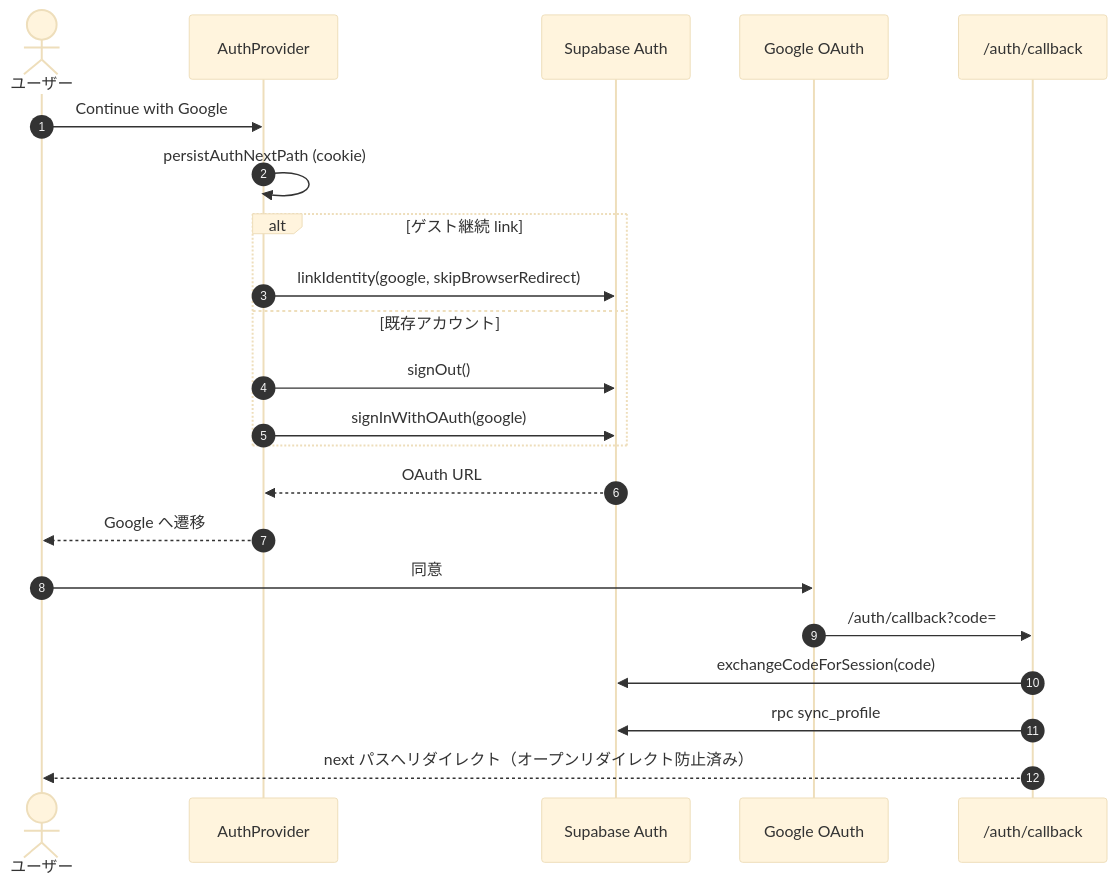
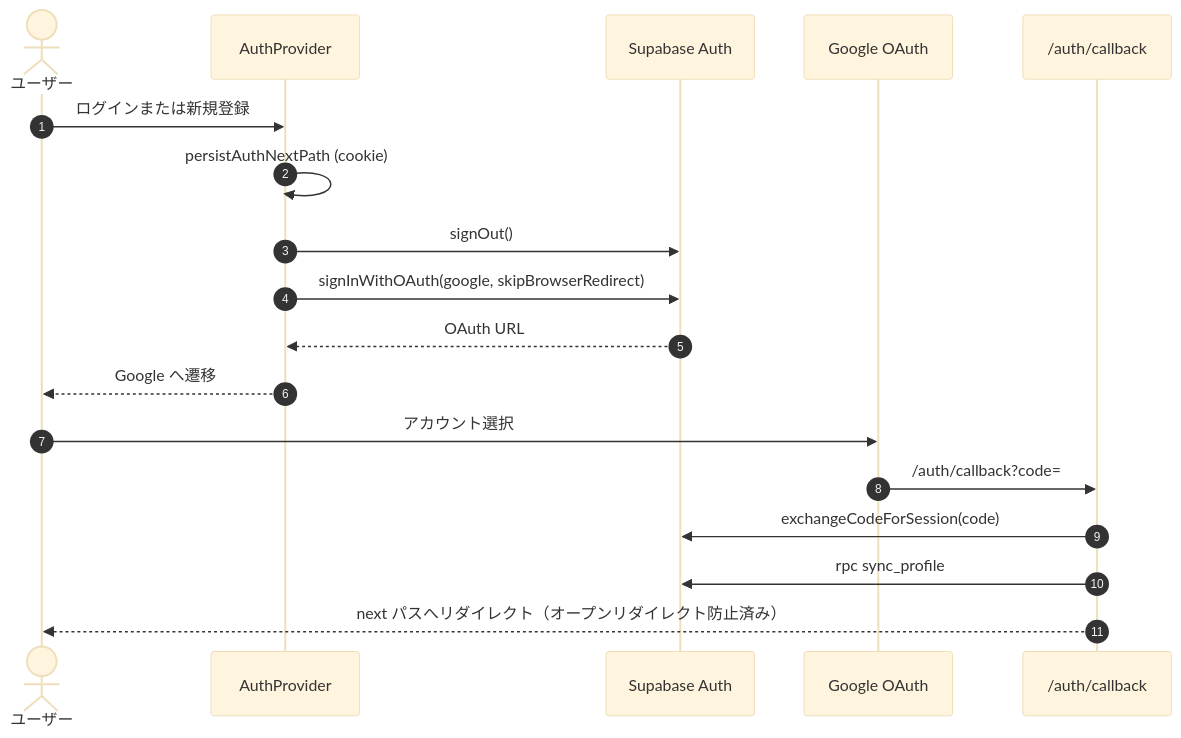
The third of 8 diagrams in docs/design/3_sequence_and_flow.md (atosantasan/japanki), drawn with Mermaid (base theme) before and after one commit. The commit also changed other lines of this file and 19 other files, not shown here.

````diff
--- a/docs/design/3_sequence_and_flow.md
+++ b/docs/design/3_sequence_and_flow.md
@@ -100,25 +103,21 @@
 ```mermaid
 sequenceDiagram
     autonumber
     actor User as ユーザー
     participant Auth as AuthProvider
     participant SB as Supabase Auth
     participant Google as Google OAuth
     participant CB as /auth/callback
 
-    User->>Auth: Continue with Google
+    User->>Auth: ログインまたは新規登録
     Auth->>Auth: persistAuthNextPath (cookie)
-    alt ゲスト継続 link
-        Auth->>SB: linkIdentity(google, skipBrowserRedirect)
-    else 既存アカウント
-        Auth->>SB: signOut()
-        Auth->>SB: signInWithOAuth(google)
-    end
+    Auth->>SB: signOut()
+    Auth->>SB: signInWithOAuth(google, skipBrowserRedirect)
     SB-->>Auth: OAuth URL
     Auth-->>User: Google へ遷移
-    User->>Google: 同意
+    User->>Google: アカウント選択
     Google->>CB: /auth/callback?code=
     CB->>SB: exchangeCodeForSession(code)
     CB->>SB: rpc sync_profile
     CB-->>User: next パスへリダイレクト（オープンリダイレクト防止済み）
 ```
````
